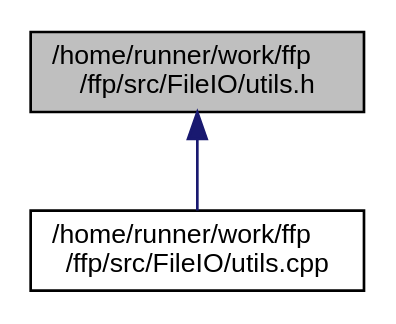
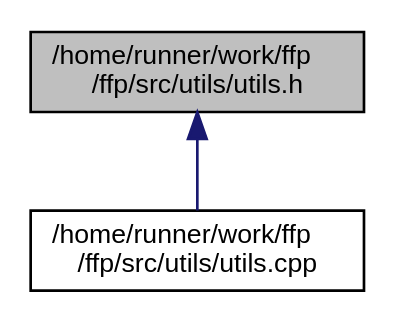
The diagram in utils_8h__dep__incl.dot (Mohamed-Nser-Said/ffp), drawn with Graphviz before and after one commit. The commit also changed 47 other files, not shown here.

```diff
--- a/utils_8h__dep__incl.dot
+++ b/utils_8h__dep__incl.dot
@@ -1,9 +1,9 @@
-digraph "/home/runner/work/ffp/ffp/src/FileIO/utils.h"
+digraph "/home/runner/work/ffp/ffp/src/utils/utils.h"
 {
  // LATEX_PDF_SIZE
   edge [fontname="Helvetica",fontsize="10",labelfontname="Helvetica",labelfontsize="10"];
   node [fontname="Helvetica",fontsize="10",shape=record];
-  Node1 [label="/home/runner/work/ffp\l/ffp/src/FileIO/utils.h",height=0.2,width=0.4,color="black", fillcolor="grey75", style="filled", fontcolor="black",tooltip=" "];
+  Node1 [label="/home/runner/work/ffp\l/ffp/src/utils/utils.h",height=0.2,width=0.4,color="black", fillcolor="grey75", style="filled", fontcolor="black",tooltip=" "];
   Node1 -> Node2 [dir="back",color="midnightblue",fontsize="10",style="solid",fontname="Helvetica"];
-  Node2 [label="/home/runner/work/ffp\l/ffp/src/FileIO/utils.cpp",height=0.2,width=0.4,color="black", fillcolor="white", style="filled",URL="$utils_8cpp.html",tooltip=" "];
+  Node2 [label="/home/runner/work/ffp\l/ffp/src/utils/utils.cpp",height=0.2,width=0.4,color="black", fillcolor="white", style="filled",URL="$utils_8cpp.html",tooltip=" "];
 }
```
